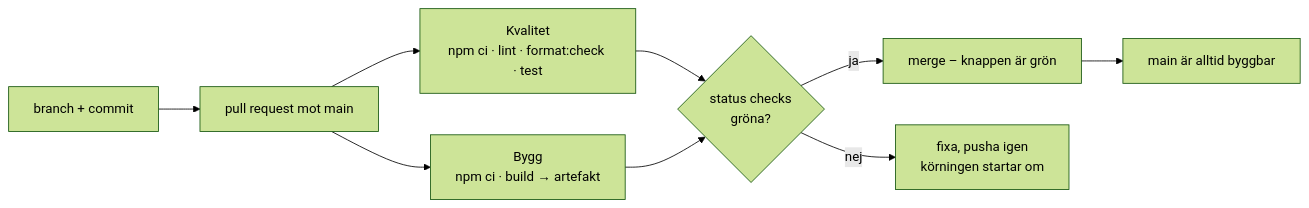
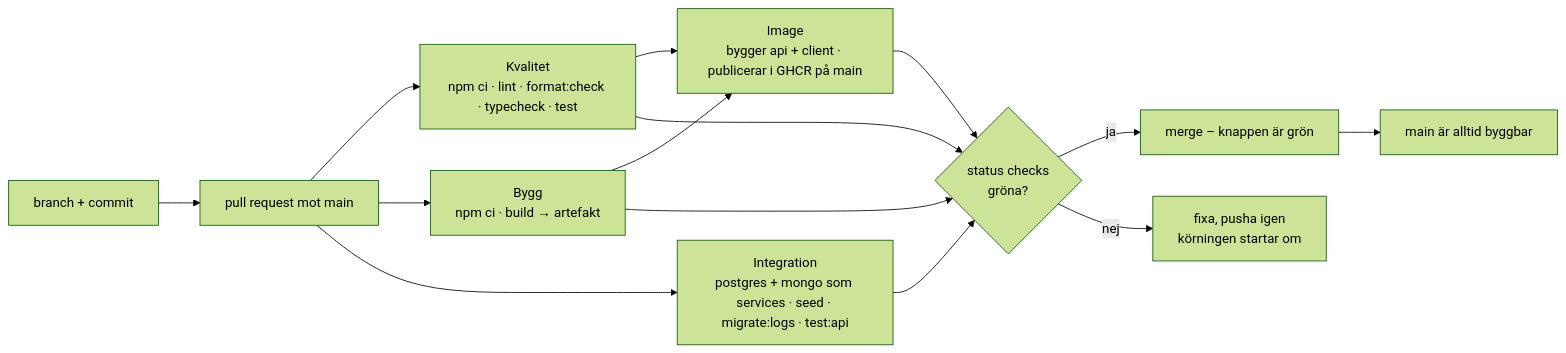
One commit to jonatanhallenberg/utpost-integration-provkorning changed the diagram in docs/pipeline.md. Above: the diagram before and after it, drawn with Mermaid (forest theme). The commit also changed other lines of this file and 8 other files, not shown here.

````diff
--- a/docs/pipeline.md
+++ b/docs/pipeline.md
@@ -7,11 +7,16 @@
 ```mermaid
 flowchart LR
   B[branch + commit] --> PR[pull request mot main]
-  PR --> Q[Kvalitet<br/>npm ci · lint · format:check · test]
+  PR --> Q[Kvalitet<br/>npm ci · lint · format:check · typecheck · test]
   PR --> BU[Bygg<br/>npm ci · build → artefakt]
+  PR --> I[Integration<br/>postgres + mongo som services · seed · migrate:logs · test:api]
+  Q --> IM[Image<br/>bygger api + client · publicerar i GHCR på main]
+  BU --> IM
   Q --> S{status checks<br/>gröna?}
   BU --> S
+  I --> S
+  IM --> S
   S -->|ja| M[merge – knappen är grön]
   S -->|nej| F[fixa, pusha igen<br/>körningen startar om]
   M --> MAIN[main är alltid byggbar]
 ```
````
